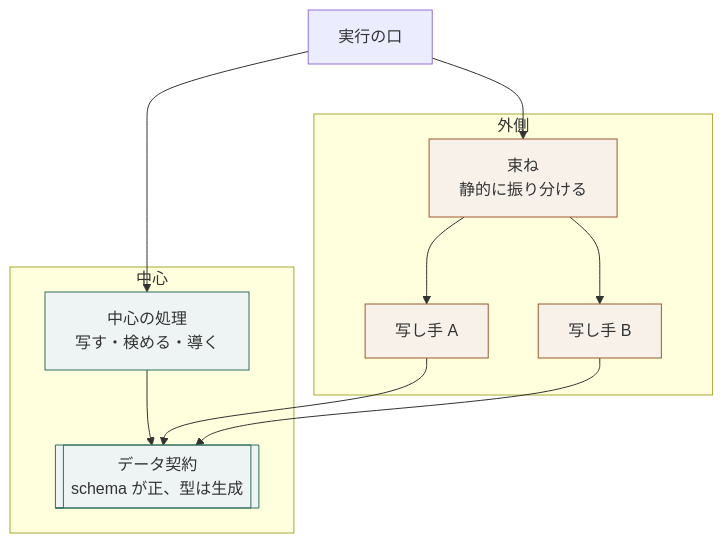
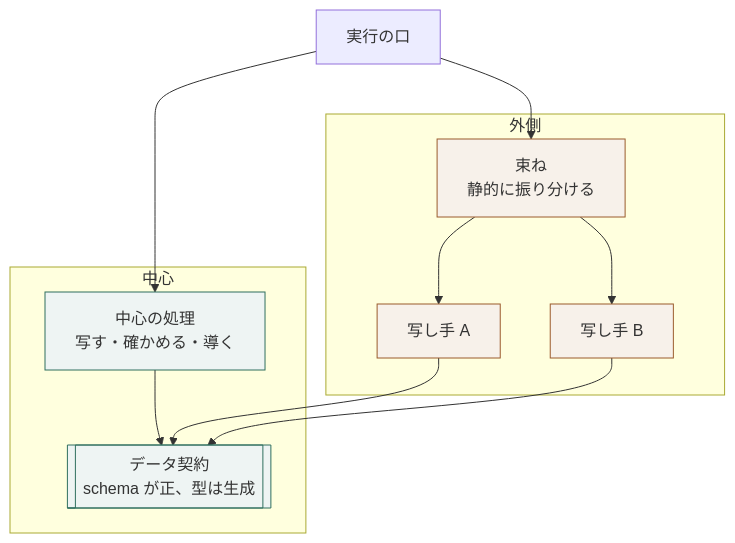
Before and after one commit to daidaiiro-519/waffle: the diagram in .waffle/skills/coding-skills/constraints/arch.data-port/layers.md, drawn with Mermaid. The commit also changed other lines of this file and 59 other files, not shown here.

````diff
--- a/.waffle/skills/coding-skills/constraints/arch.data-port/layers.md
+++ b/.waffle/skills/coding-skills/constraints/arch.data-port/layers.md
@@ -43,26 +43,26 @@
 ```mermaid
 flowchart TB
     subgraph center[中心]
         contract[[データ契約<br/>schema が正、型は生成]]
-        core[中心の処理<br/>写す・検める・導く]
+        core[中心の処理<br/>写す・確かめる・導く]
         core --> contract
     end
     subgraph edge[外側]
         a1[写し手 A]
         a2[写し手 B]
         bundle[束ね<br/>静的に振り分ける]
     end
     cli[実行の口]
 
     a1 --> contract
     a2 --> contract
     bundle --> a1
     bundle --> a2
     cli --> core
     cli --> bundle
 
     classDef c fill:#eef4f3,stroke:#2f6f5e;
     classDef o fill:#f7f1ea,stroke:#9a5b2c;
     class contract,core c
     class a1,a2,bundle o
 ```
````
